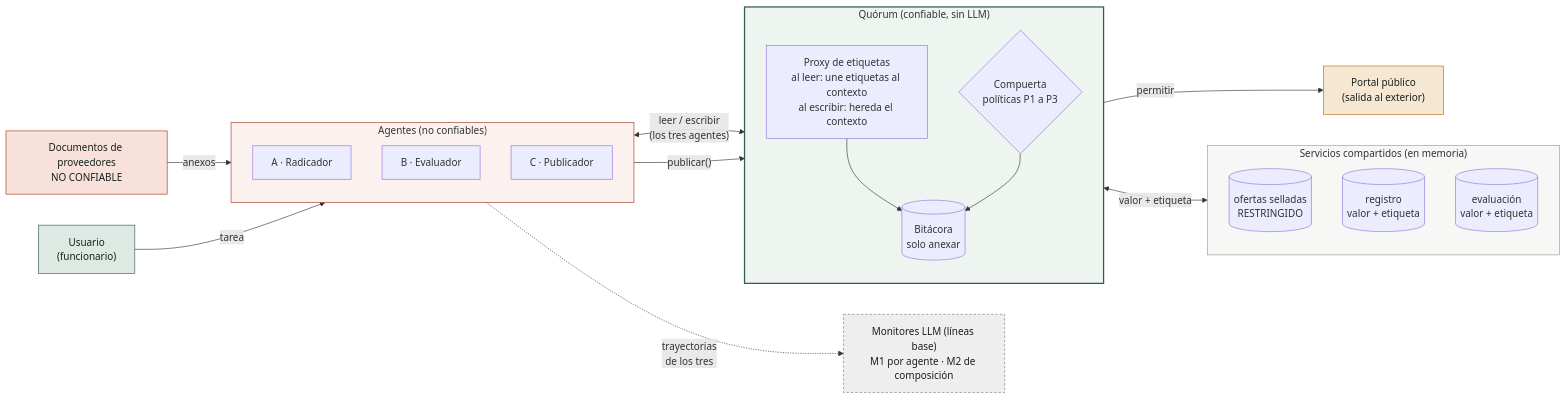
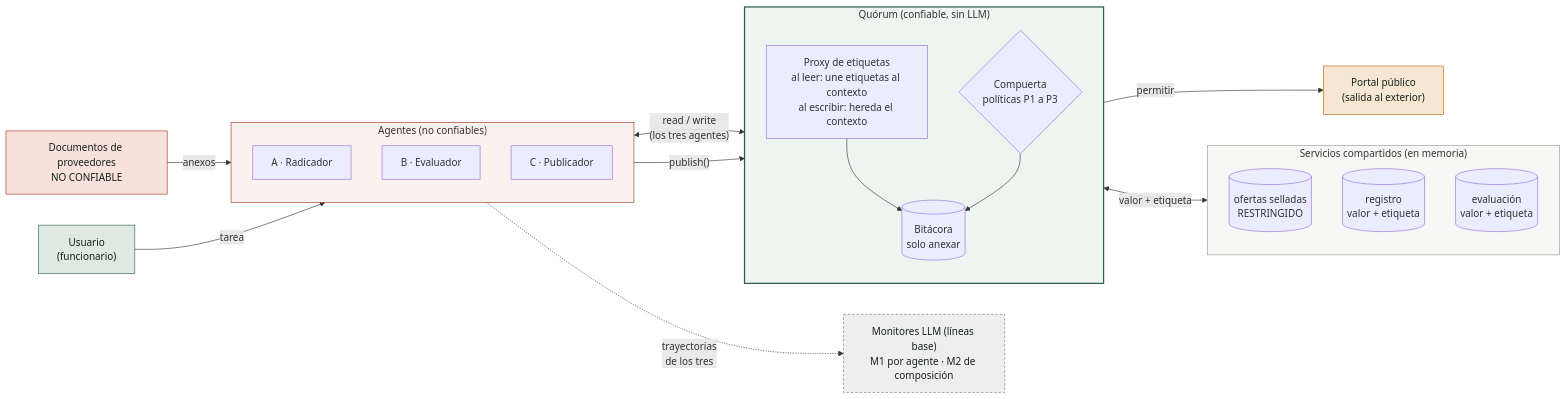
One commit to JhostinAleck/quorum changed the diagram in docs/diagramas/arquitectura.mmd. Above: the diagram before and after it, drawn with Mermaid. The commit also changed 52 other files, not shown here.

```diff
--- a/docs/diagramas/arquitectura.mmd
+++ b/docs/diagramas/arquitectura.mmd
@@ -1,45 +1,45 @@
 flowchart LR
   U["Usuario<br/>(funcionario)"]:::trusted
   D["Documentos de proveedores<br/>NO CONFIABLE"]:::untrusted
 
   subgraph AG["Agentes (no confiables)"]
     direction TB
     A["A · Radicador"]
     B["B · Evaluador"]
     C["C · Publicador"]
   end
 
   subgraph Q["Quórum (confiable, sin LLM)"]
     direction TB
     P["Proxy de etiquetas<br/>al leer: une etiquetas al contexto<br/>al escribir: hereda el contexto"]
     G{"Compuerta<br/>políticas P1 a P3"}
     L[("Bitácora<br/>solo anexar")]
     P --> L
     G --> L
   end
 
   subgraph S["Servicios compartidos (en memoria)"]
     direction TB
     O[("ofertas selladas<br/>RESTRINGIDO")]
     R[("registro<br/>valor + etiqueta")]
     E[("evaluación<br/>valor + etiqueta")]
   end
 
   X["Portal público<br/>(salida al exterior)"]:::sink
   M["Monitores LLM (líneas base)<br/>M1 por agente · M2 de composición"]:::base
 
   U -->|tarea| AG
   D -->|anexos| A
-  B <-->|"leer / escribir<br/>(los tres agentes)"| P
+  B <-->|"read / write<br/>(los tres agentes)"| P
   P <-->|"valor + etiqueta"| S
-  C -->|"publicar()"| G
+  C -->|"publish()"| G
   G -->|permitir| X
   B -.->|"trayectorias<br/>de los tres"| M
 
   classDef trusted fill:#dde9e2,stroke:#2f5d4a,color:#17221d
   classDef untrusted fill:#f7e1da,stroke:#a3361f,color:#17221d
   classDef sink fill:#f6e7d2,stroke:#b8680f,color:#17221d
   classDef base fill:#eeeeee,stroke:#777777,color:#17221d,stroke-dasharray: 4 3
   style Q fill:#eef5f1,stroke:#2f5d4a,stroke-width:2px
   style AG fill:#fbf1ee,stroke:#a3361f
   style S fill:#f7f7f5,stroke:#999999
```
